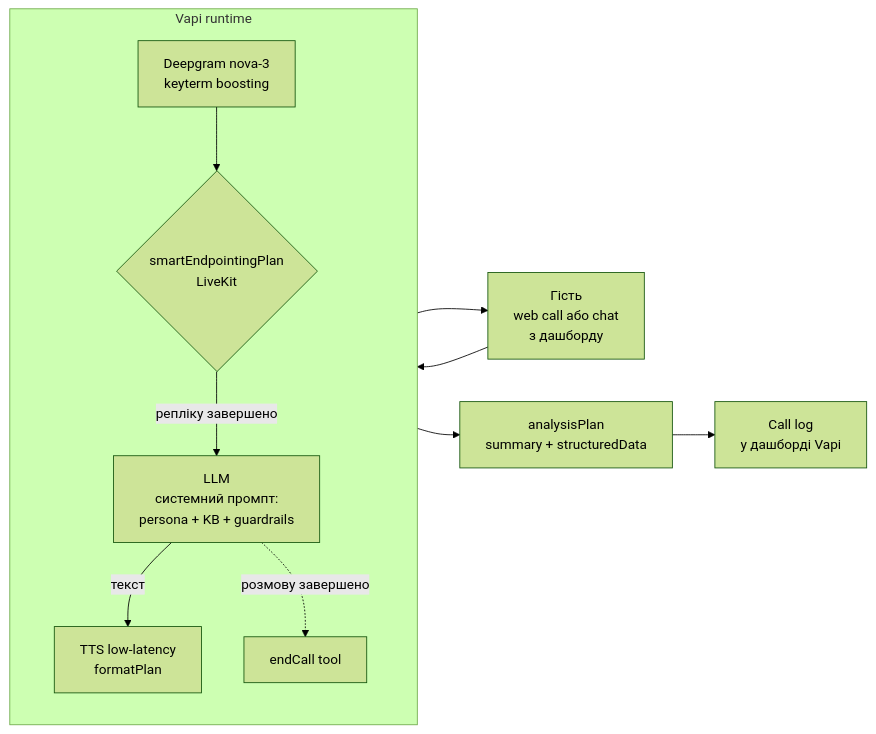
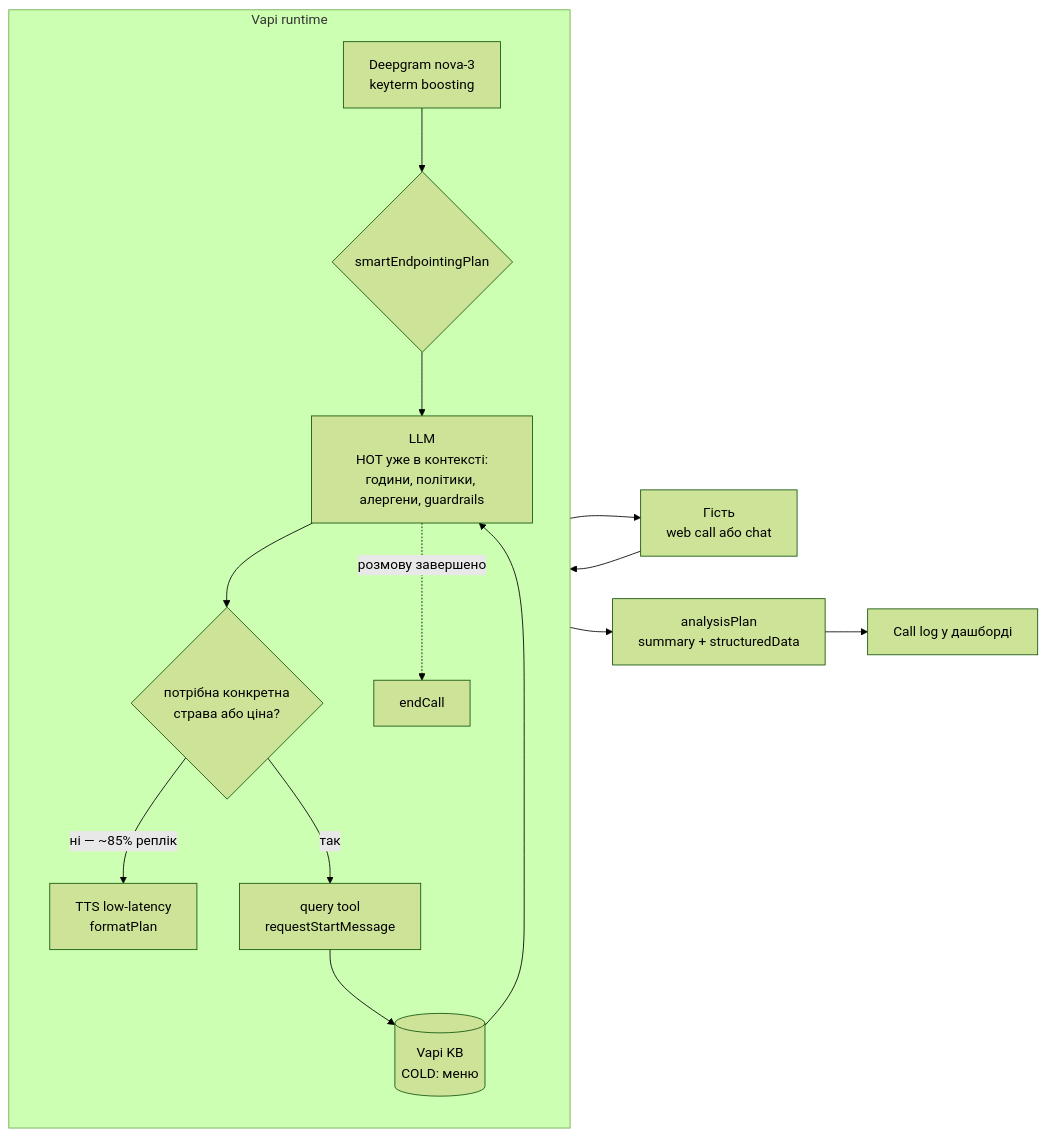
One commit to Dmitriymush/lemongrass-voice-agent changed the diagram in docs/diagrams/01-runtime.mmd. Above: the diagram before and after it, drawn with Mermaid (forest theme). The commit also changed 15 other files, not shown here.

First line of the commit message:
Supersede ADR-001: move from inline grounding to a hot/cold hybrid

```diff
--- a/docs/diagrams/01-runtime.mmd
+++ b/docs/diagrams/01-runtime.mmd
@@ -1,21 +1,28 @@
 flowchart LR
-    G["Гість<br/>web call або chat<br/>з дашборду"]
+    G["Гість<br/>web call або chat"]
 
     subgraph VAPI["Vapi runtime"]
         direction TB
         STT["Deepgram nova-3<br/>keyterm boosting"]
-        EP{"smartEndpointingPlan<br/>LiveKit"}
-        LLM["LLM<br/>системний промпт:<br/>persona + KB + guardrails"]
+        EP{"smartEndpointingPlan"}
+        LLM["LLM<br/>HOT уже в контексті:<br/>години, політики, алергени, guardrails"]
+        Q{"потрібна конкретна<br/>страва або ціна?"}
+        QT["query tool<br/>requestStartMessage"]
+        KB[("Vapi KB<br/>COLD: меню")]
         TTS["TTS low-latency<br/>formatPlan"]
-        EC["endCall tool"]
+        EC["endCall"]
 
         STT --> EP
-        EP -->|"репліку завершено"| LLM
-        LLM -->|"текст"| TTS
+        EP --> LLM
+        LLM --> Q
+        Q -->|"ні — ~85% реплік"| TTS
+        Q -->|"так"| QT
+        QT --> KB
+        KB --> LLM
         LLM -.->|"розмову завершено"| EC
     end
 
     G --> STT
     TTS --> G
     EC --> AN["analysisPlan<br/>summary + structuredData"]
-    AN --> LOG["Call log<br/>у дашборді Vapi"]
+    AN --> LOG["Call log у дашборді"]
```
